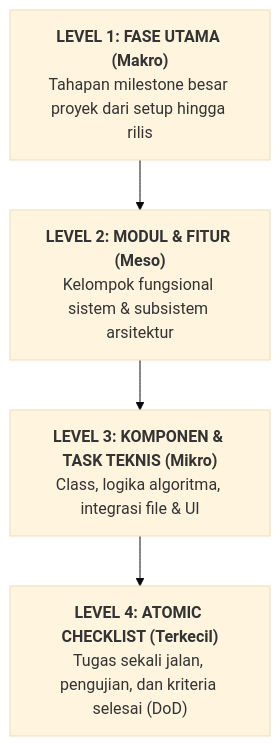
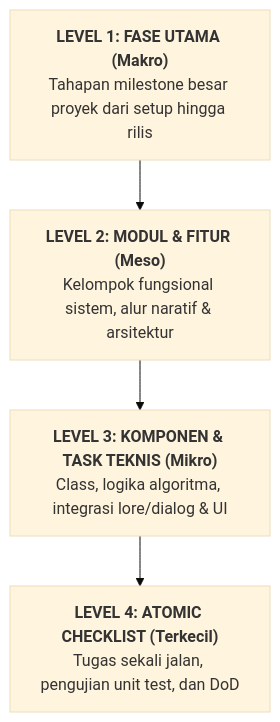
One commit to muhammadyusuftechid-star/stickman-tower-adventure changed the first of 2 diagrams in Alur_Pembuatan_Aplikasi.md. Above: the diagram before and after it, drawn with Mermaid (base theme). The commit also changed other lines of this file and 21 other files, not shown here.

````diff
--- a/Alur_Pembuatan_Aplikasi.md
+++ b/Alur_Pembuatan_Aplikasi.md
@@ -13,9 +16,9 @@
 ```mermaid
 graph TD
     L1["<b>LEVEL 1: FASE UTAMA (Makro)</b><br/>Tahapan milestone besar proyek dari setup hingga rilis"]
-    L2["<b>LEVEL 2: MODUL & FITUR (Meso)</b><br/>Kelompok fungsional sistem & subsistem arsitektur"]
-    L3["<b>LEVEL 3: KOMPONEN & TASK TEKNIS (Mikro)</b><br/>Class, logika algoritma, integrasi file & UI"]
-    L4["<b>LEVEL 4: ATOMIC CHECKLIST (Terkecil)</b><br/>Tugas sekali jalan, pengujian, dan kriteria selesai (DoD)"]
+    L2["<b>LEVEL 2: MODUL & FITUR (Meso)</b><br/>Kelompok fungsional sistem, alur naratif & arsitektur"]
+    L3["<b>LEVEL 3: KOMPONEN & TASK TEKNIS (Mikro)</b><br/>Class, logika algoritma, integrasi lore/dialog & UI"]
+    L4["<b>LEVEL 4: ATOMIC CHECKLIST (Terkecil)</b><br/>Tugas sekali jalan, pengujian unit test, dan DoD"]
 
     L1 --> L2 --> L3 --> L4
 ```
````
